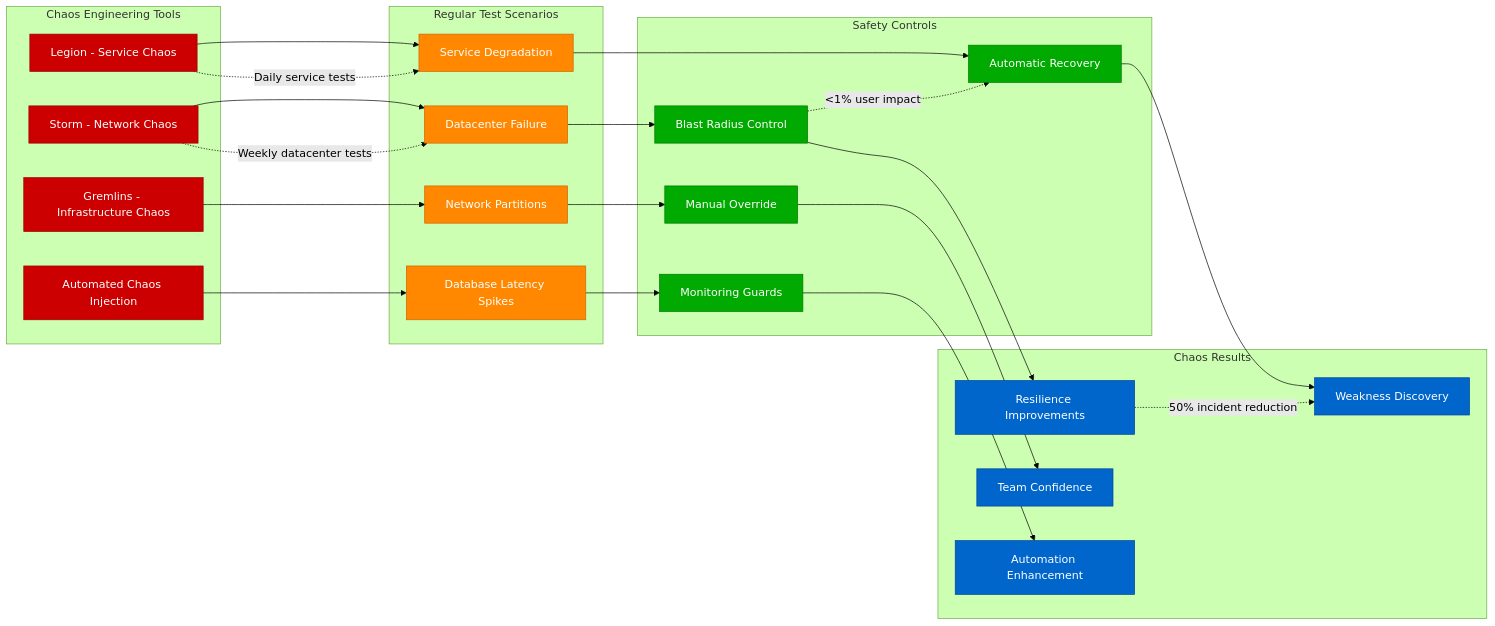
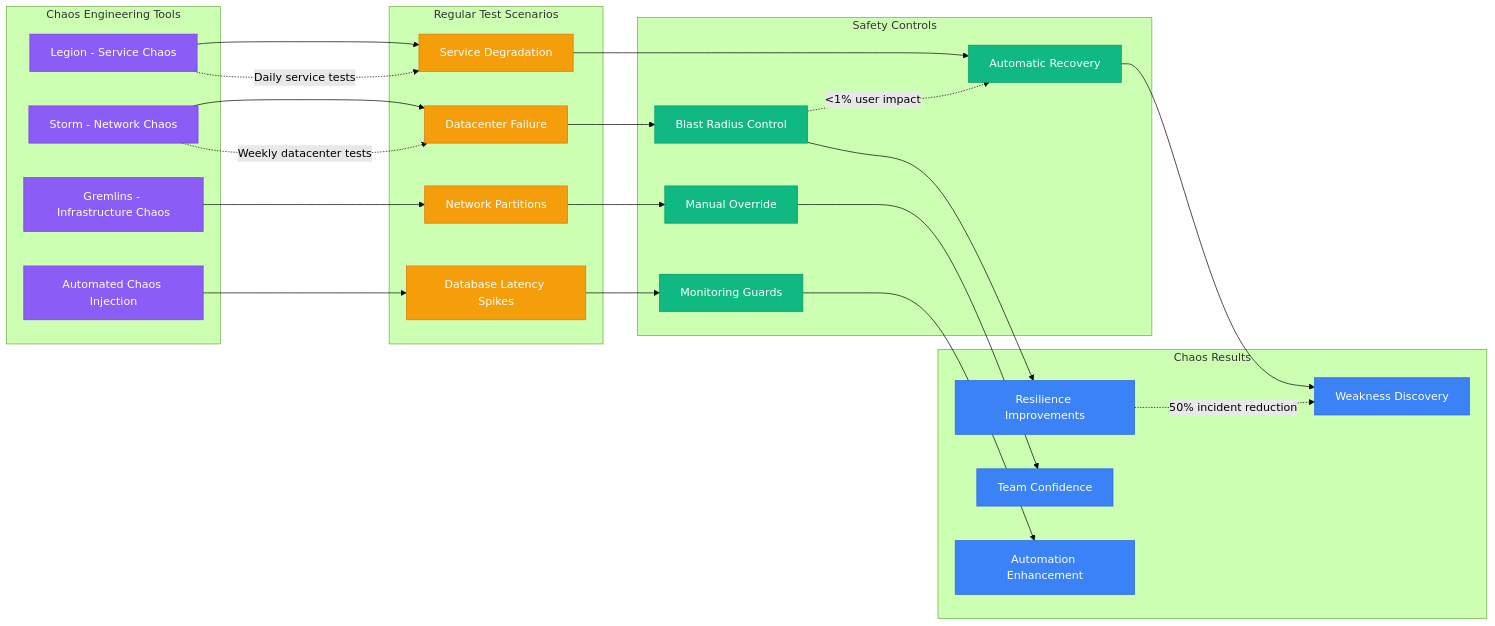
One commit to deepaucksharma/DS changed the sixth of 8 diagrams in site/docs/systems/meta/production-operations.md. Above: the diagram before and after it, drawn with Mermaid (forest theme). The commit also changed other lines of this file and 303 other files, not shown here.

````diff
--- a/site/docs/systems/meta/production-operations.md
+++ b/site/docs/systems/meta/production-operations.md
@@ -376,64 +376,64 @@
 ```mermaid
 graph LR
     subgraph ChaosTools[Chaos Engineering Tools]
         STORM[Storm - Network Chaos]
         LEGION[Legion - Service Chaos]
         GREMLINS[Gremlins - Infrastructure Chaos]
         CHAOS_AUTOMATION[Automated Chaos Injection]
     end
 
     subgraph TestScenarios[Regular Test Scenarios]
         DATACENTER_LOSS[Datacenter Failure]
         SERVICE_DEGRADATION[Service Degradation]
         NETWORK_PARTITION[Network Partitions]
         DATABASE_LATENCY[Database Latency Spikes]
     end
 
     subgraph SafetyMechanisms[Safety Controls]
         BLAST_RADIUS[Blast Radius Control]
         AUTO_RECOVERY[Automatic Recovery]
         MANUAL_OVERRIDE[Manual Override]
         MONITORING_GUARD[Monitoring Guards]
     end
 
     subgraph Results[Chaos Results]
         RESILIENCE_IMPROVEMENT[Resilience Improvements]
         WEAKNESS_DISCOVERY[Weakness Discovery]
         CONFIDENCE_BUILDING[Team Confidence]
         AUTOMATION_ENHANCEMENT[Automation Enhancement]
     end
 
     %% Tool to scenario mapping
     STORM --> DATACENTER_LOSS
     LEGION --> SERVICE_DEGRADATION
     GREMLINS --> NETWORK_PARTITION
     CHAOS_AUTOMATION --> DATABASE_LATENCY
 
     %% Safety integration
     DATACENTER_LOSS --> BLAST_RADIUS
     SERVICE_DEGRADATION --> AUTO_RECOVERY
     NETWORK_PARTITION --> MANUAL_OVERRIDE
     DATABASE_LATENCY --> MONITORING_GUARD
 
     %% Outcome measurement
     BLAST_RADIUS --> RESILIENCE_IMPROVEMENT
     AUTO_RECOVERY --> WEAKNESS_DISCOVERY
     MANUAL_OVERRIDE --> CONFIDENCE_BUILDING
     MONITORING_GUARD --> AUTOMATION_ENHANCEMENT
 
     %% Chaos metrics
     STORM -.->|"Weekly datacenter tests"| DATACENTER_LOSS
     LEGION -.->|"Daily service tests"| SERVICE_DEGRADATION
     BLAST_RADIUS -.->|"<1% user impact"| AUTO_RECOVERY
     RESILIENCE_IMPROVEMENT -.->|"50% incident reduction"| WEAKNESS_DISCOVERY
 
-    classDef toolStyle fill:#CC0000,stroke:#990000,color:#fff
-    classDef scenarioStyle fill:#FF8800,stroke:#CC6600,color:#fff
-    classDef safetyStyle fill:#00AA00,stroke:#007700,color:#fff
-    classDef resultStyle fill:#0066CC,stroke:#004499,color:#fff
+    classDef toolStyle fill:#8B5CF6,stroke:#7C3AED,color:#fff
+    classDef scenarioStyle fill:#F59E0B,stroke:#D97706,color:#fff
+    classDef safetyStyle fill:#10B981,stroke:#059669,color:#fff
+    classDef resultStyle fill:#3B82F6,stroke:#2563EB,color:#fff
 
     class STORM,LEGION,GREMLINS,CHAOS_AUTOMATION toolStyle
     class DATACENTER_LOSS,SERVICE_DEGRADATION,NETWORK_PARTITION,DATABASE_LATENCY scenarioStyle
     class BLAST_RADIUS,AUTO_RECOVERY,MANUAL_OVERRIDE,MONITORING_GUARD safetyStyle
     class RESILIENCE_IMPROVEMENT,WEAKNESS_DISCOVERY,CONFIDENCE_BUILDING,AUTOMATION_ENHANCEMENT resultStyle
 ```
````
